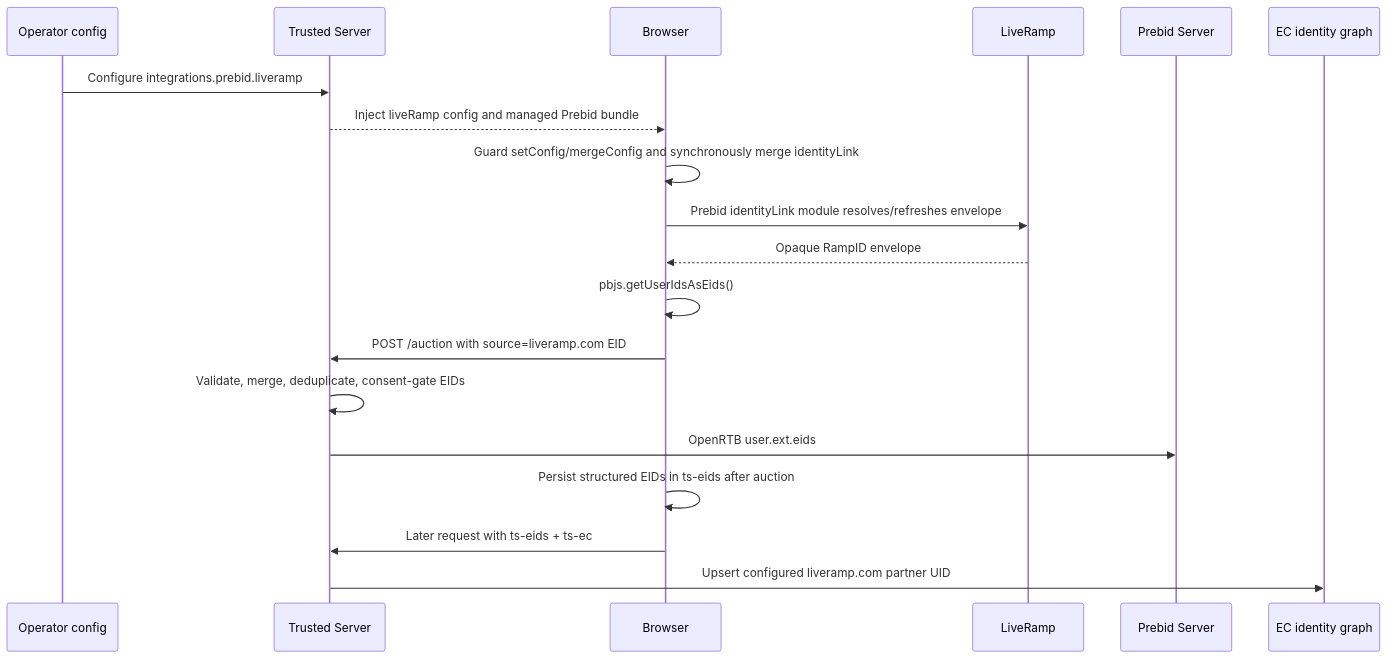
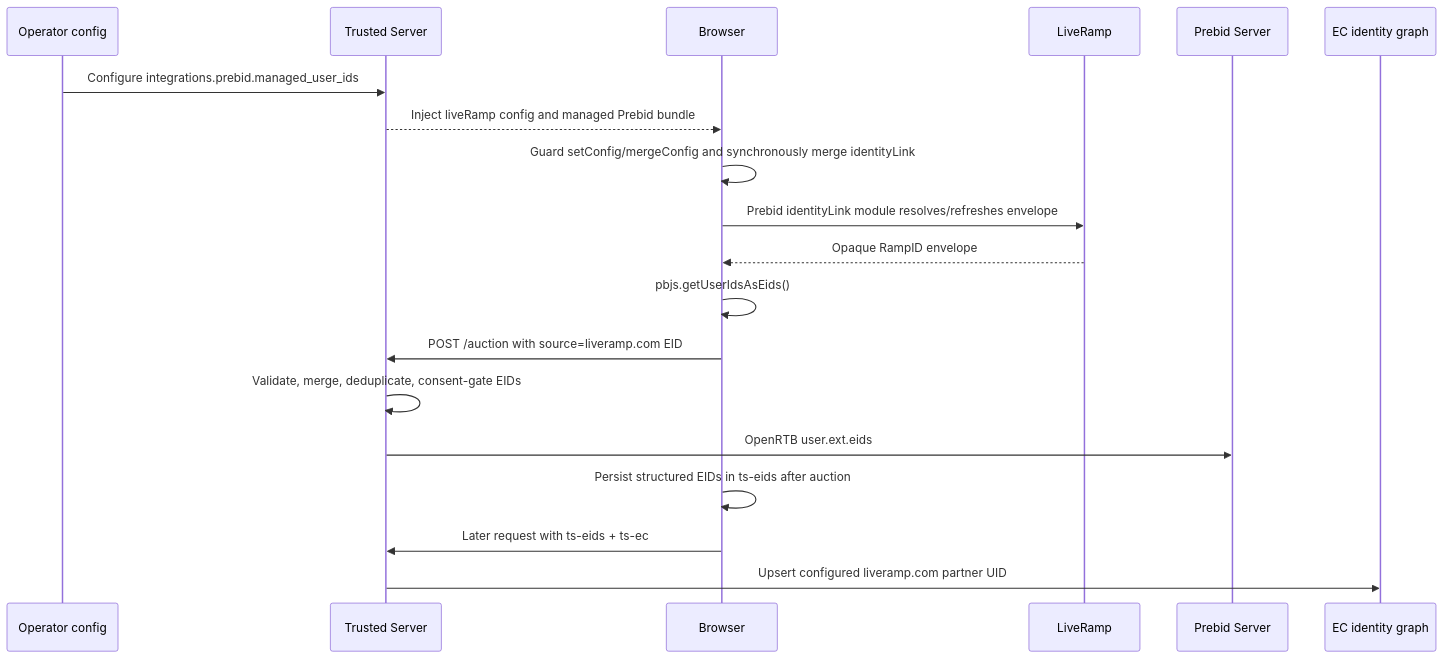
The diagram in docs/superpowers/specs/2026-08-21-liveramp-integration-design.md (IABTechLab/trusted-server), drawn with Mermaid before and after one commit. The commit also changed other lines of this file and 10 other files, not shown here.

````diff
--- a/docs/superpowers/specs/2026-08-21-liveramp-integration-design.md
+++ b/docs/superpowers/specs/2026-08-21-liveramp-integration-design.md
@@ -359,22 +384,22 @@
 ```mermaid
 sequenceDiagram
     participant O as Operator config
     participant TS as Trusted Server
     participant B as Browser
     participant LR as LiveRamp
     participant PBS as Prebid Server
     participant KV as EC identity graph
 
-    O->>TS: Configure integrations.prebid.liveramp
+    O->>TS: Configure integrations.prebid.managed_user_ids
     TS-->>B: Inject liveRamp config and managed Prebid bundle
     B->>B: Guard setConfig/mergeConfig and synchronously merge identityLink
     B->>LR: Prebid identityLink module resolves/refreshes envelope
     LR-->>B: Opaque RampID envelope
     B->>B: pbjs.getUserIdsAsEids()
     B->>TS: POST /auction with source=liveramp.com EID
     TS->>TS: Validate, merge, deduplicate, consent-gate EIDs
     TS->>PBS: OpenRTB user.ext.eids
     B->>B: Persist structured EIDs in ts-eids after auction
     B->>TS: Later request with ts-eids + ts-ec
     TS->>KV: Upsert configured liveramp.com partner UID
 ```
````
